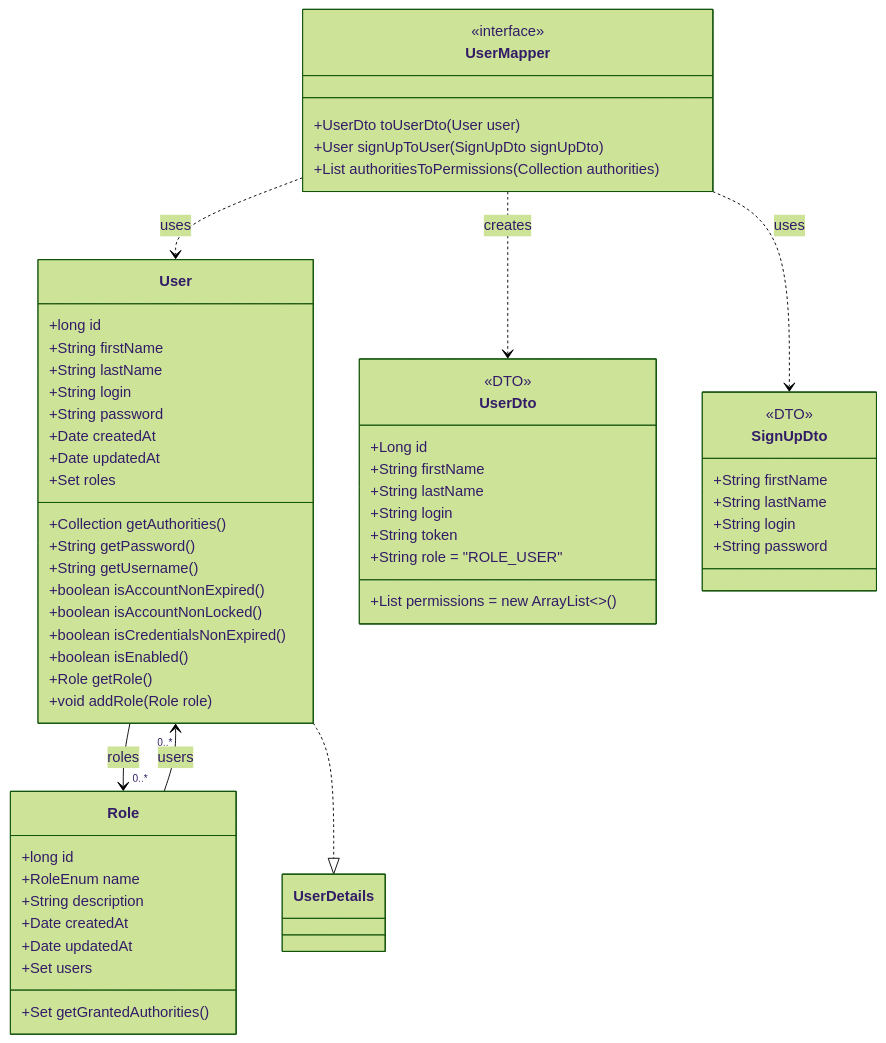
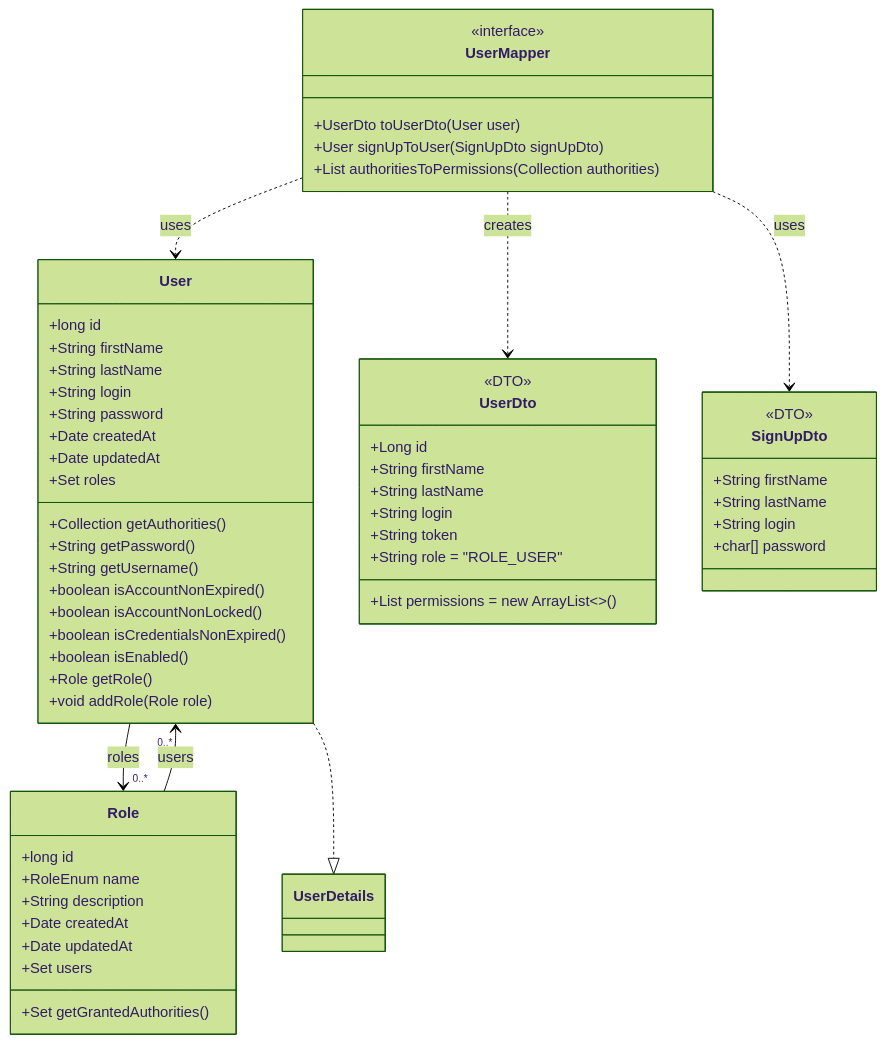
Before and after one commit to OrifInformatique/template_frontback: the second of 4 diagrams in doc/process-documentation.md, drawn with Mermaid (forest theme). The commit also changed other lines of this file, not shown here.

Commit message:
feat: added class diagramme for User

````diff
--- a/doc/process-documentation.md
+++ b/doc/process-documentation.md
@@ -141,66 +141,66 @@
 ```mermaid
 classDiagram
     class User {
         +long id
         +String firstName
         +String lastName
         +String login
         +String password
         +Date createdAt
         +Date updatedAt
         +Set<Role> roles
         +Collection<GrantedAuthority> getAuthorities()
         +String getPassword()
         +String getUsername()
         +boolean isAccountNonExpired()
         +boolean isAccountNonLocked()
         +boolean isCredentialsNonExpired()
         +boolean isEnabled()
         +Role getRole()
         +void addRole(Role role)
     }
 
     class Role {
         +long id
         +RoleEnum name
         +String description
         +Date createdAt
         +Date updatedAt
         +Set<User> users
         +Set<SimpleGrantedAuthority> getGrantedAuthorities()
     }
 
     class UserDto {
         <<DTO>>
         +Long id
         +String firstName
         +String lastName
         +String login
         +String token
         +String role = "ROLE_USER"
         +List<String> permissions = new ArrayList<>()
     }
 
     class SignUpDto {
         <<DTO>>
         +String firstName
         +String lastName
         +String login
-        +String password
+        +char[] password
     }
 
     class UserMapper {
         <<interface>>
         +UserDto toUserDto(User user)
         +User signUpToUser(SignUpDto signUpDto)
         +List<String> authoritiesToPermissions(Collection<GrantedAuthority> authorities)
     }
 
     %% Relationships
     User --> "0..*" Role : roles
     Role --> "0..*" User : users
     UserMapper ..> User : uses
     UserMapper ..> UserDto : creates
     UserMapper ..> SignUpDto : uses
     User ..|> UserDetails
 ```
````
